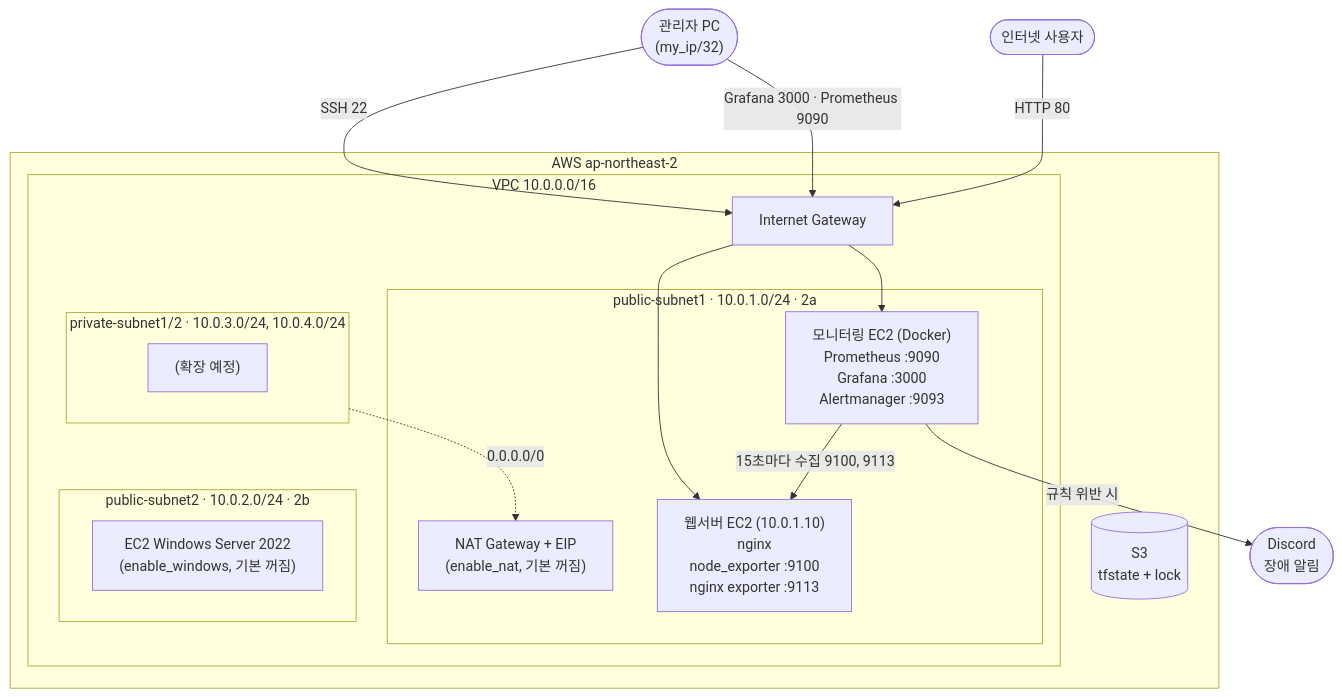
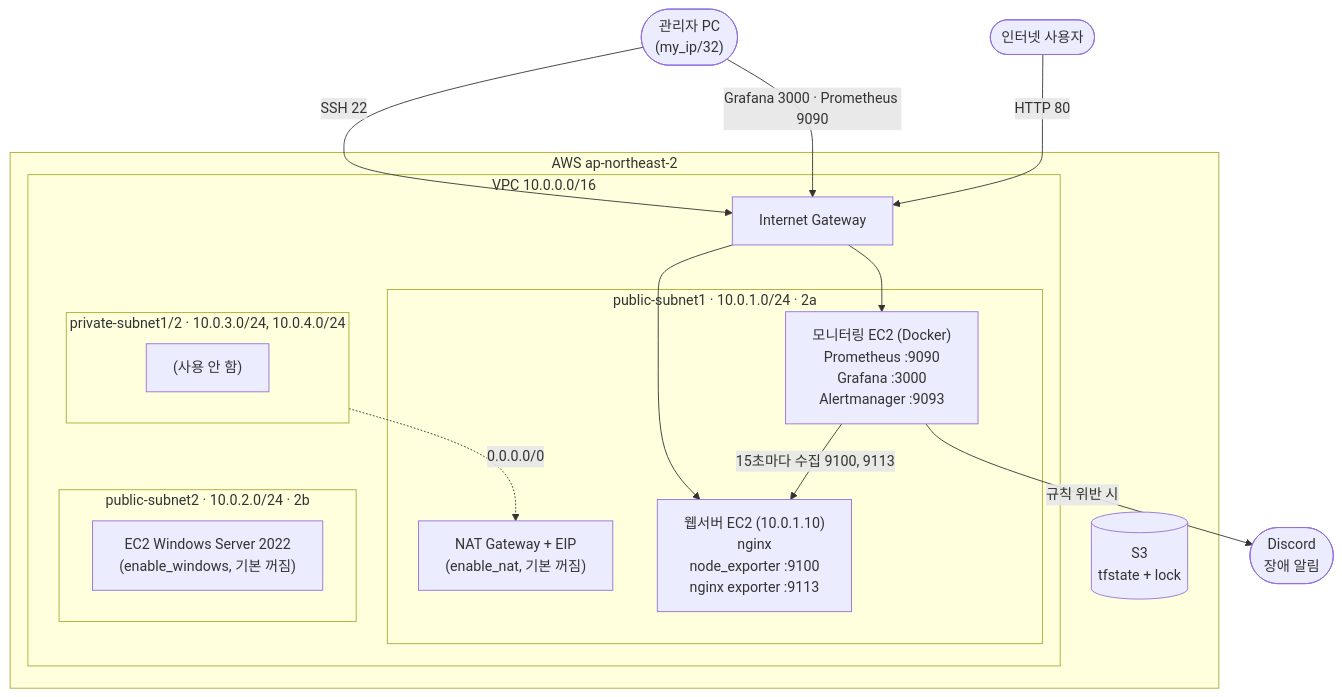
The diagram in README.md (ekimje/terraform), drawn with Mermaid before and after one commit. The commit also changed other lines of this file and 2 other files, not shown here.

````diff
--- a/README.md
+++ b/README.md
@@ -18,33 +21,33 @@
 ```mermaid
 flowchart TB
     user(["관리자 PC<br/>(my_ip/32)"])
     web(["인터넷 사용자"])
     discord(["Discord<br/>장애 알림"])
 
     subgraph aws["AWS ap-northeast-2"]
         s3[("S3<br/>tfstate + lock")]
         subgraph vpc["VPC 10.0.0.0/16"]
             igw["Internet Gateway"]
             subgraph pub1["public-subnet1 · 10.0.1.0/24 · 2a"]
                 linux["웹서버 EC2 (10.0.1.10)<br/>nginx<br/>node_exporter :9100<br/>nginx exporter :9113"]
                 mon["모니터링 EC2 (Docker)<br/>Prometheus :9090<br/>Grafana :3000<br/>Alertmanager :9093"]
                 nat["NAT Gateway + EIP<br/>(enable_nat, 기본 꺼짐)"]
             end
             subgraph pub2["public-subnet2 · 10.0.2.0/24 · 2b"]
                 win["EC2 Windows Server 2022<br/>(enable_windows, 기본 꺼짐)"]
             end
             subgraph priv["private-subnet1/2 · 10.0.3.0/24, 10.0.4.0/24"]
-                empty["(확장 예정)"]
+                empty["(사용 안 함)"]
             end
         end
     end
 
     user -- "SSH 22" --> igw
     user -- "Grafana 3000 · Prometheus 9090" --> igw
     web -- "HTTP 80" --> igw
     igw --> linux
     igw --> mon
     mon -- "15초마다 수집 9100, 9113" --> linux
     mon -- "규칙 위반 시" --> discord
     priv -. "0.0.0.0/0" .-> nat
 ```
````
